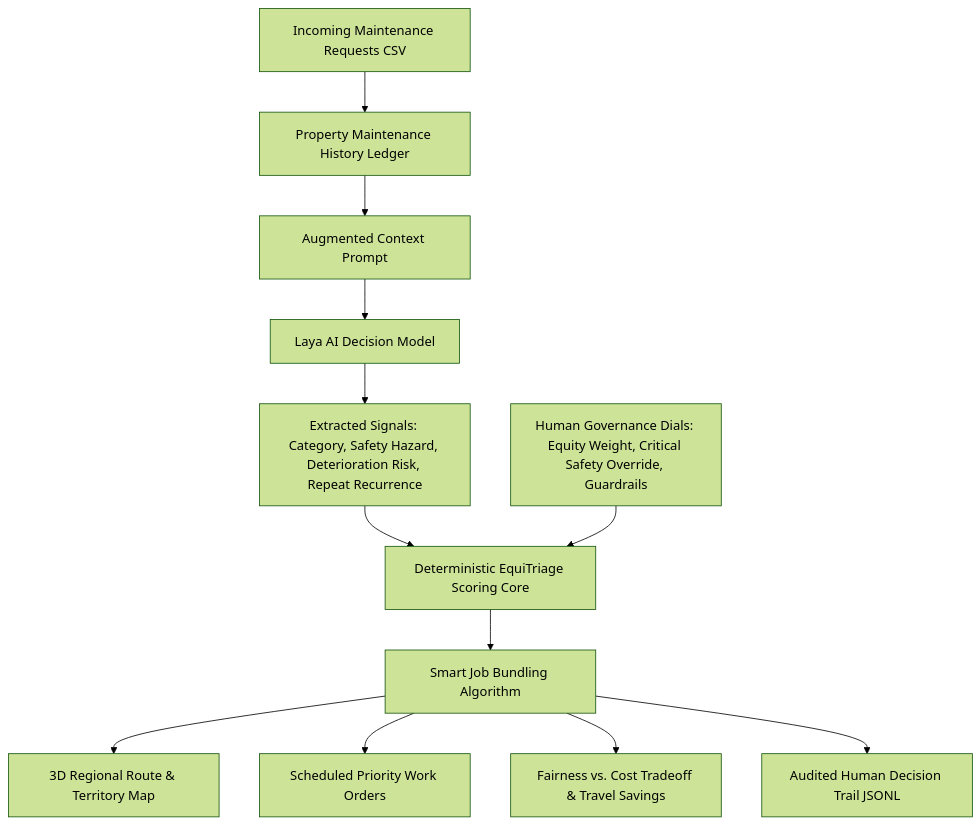
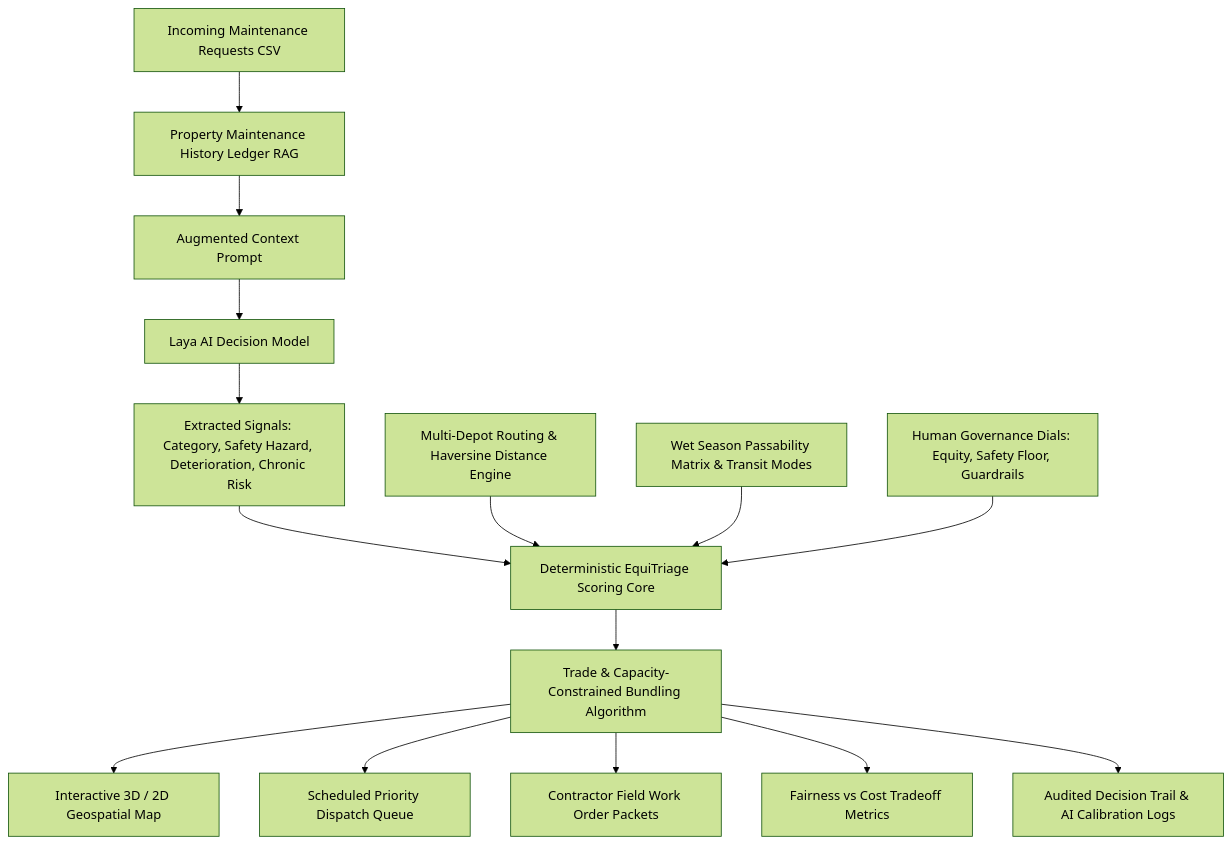
The diagram in README.md (RohanRajChhetri/AI-Challange-CDU), drawn with Mermaid (forest theme) before and after one commit. The commit also changed other lines of this file and 8 other files, not shown here.

````diff
--- a/README.md
+++ b/README.md
@@ -50,14 +62,17 @@
 ```mermaid
 graph TD
-    A[Incoming Maintenance Requests CSV] --> B[Property Maintenance History Ledger]
+    A[Incoming Maintenance Requests CSV] --> B[Property Maintenance History Ledger RAG]
     B --> C[Augmented Context Prompt]
     C --> D[Laya AI Decision Model]
-    D --> E[Extracted Signals: Category, Safety Hazard, Deterioration Risk, Repeat Recurrence]
+    D --> E[Extracted Signals: Category, Safety Hazard, Deterioration, Chronic Risk]
     E --> F[Deterministic EquiTriage Scoring Core]
-    G[Human Governance Dials: Equity Weight, Critical Safety Override, Guardrails] --> F
-    F --> H[Smart Job Bundling Algorithm]
-    H --> I[3D Regional Route & Territory Map]
-    H --> J[Scheduled Priority Work Orders]
-    H --> K[Fairness vs. Cost Tradeoff & Travel Savings]
-    H --> L[Audited Human Decision Trail JSONL]
+    G[Multi-Depot Routing & Haversine Distance Engine] --> F
+    H[Wet Season Passability Matrix & Transit Modes] --> F
+    I[Human Governance Dials: Equity, Safety Floor, Guardrails] --> F
+    F --> J[Trade & Capacity-Constrained Bundling Algorithm]
+    J --> K[Interactive 3D / 2D Geospatial Map]
+    J --> L[Scheduled Priority Dispatch Queue]
+    J --> M[Contractor Field Work Order Packets]
+    J --> N[Fairness vs Cost Tradeoff Metrics]
+    J --> O[Audited Decision Trail & AI Calibration Logs]
 ```
````
